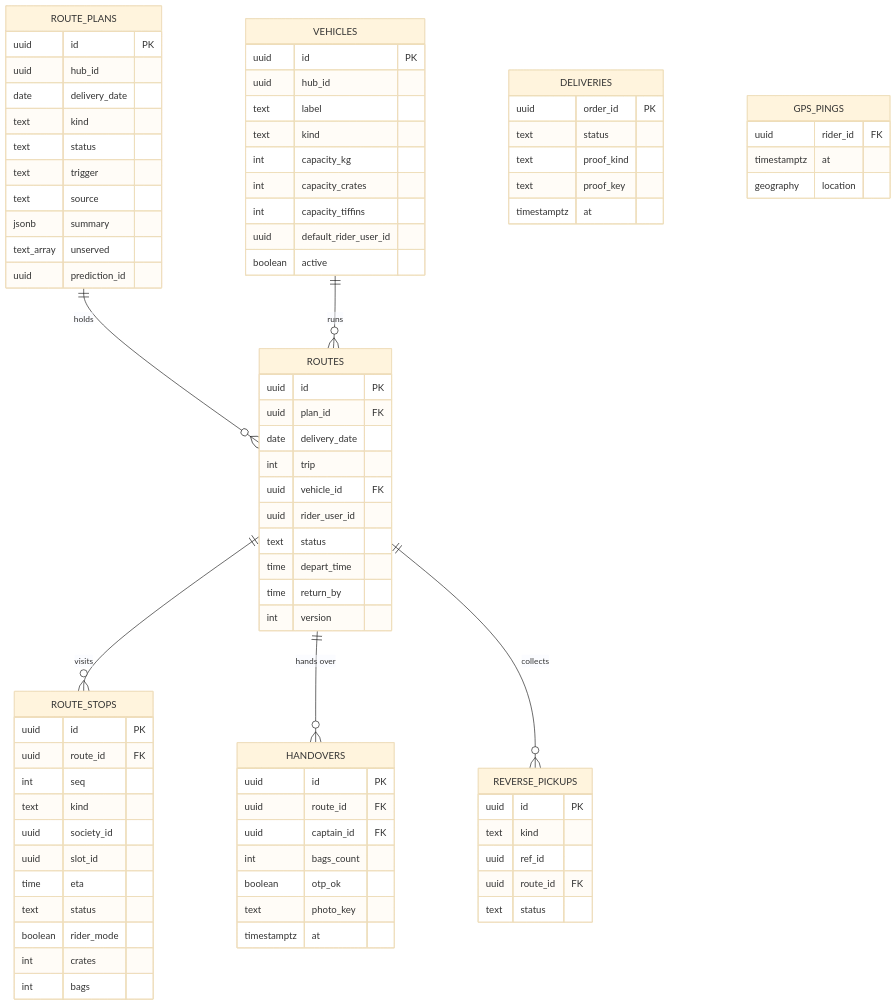
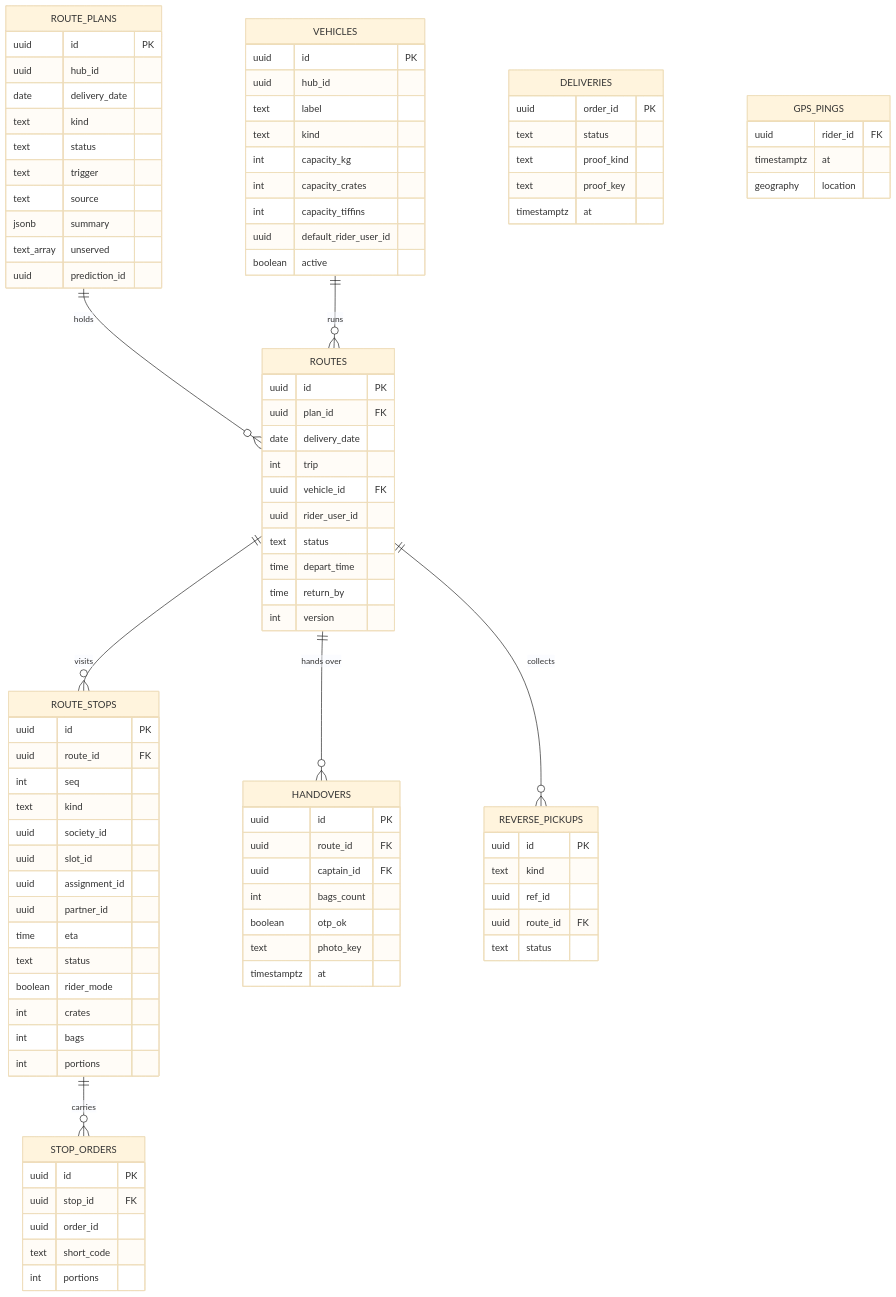
Before and after one commit to prelekar7/GharBasket: the eighth of 14 diagrams in docs/handbook/05-data-architecture.md, drawn with Mermaid (base theme). The commit also changed other lines of this file and 20 other files, not shown here.

````diff
--- a/docs/handbook/05-data-architecture.md
+++ b/docs/handbook/05-data-architecture.md
@@ -527,11 +527,21 @@
         text kind
         uuid society_id
         uuid slot_id
+        uuid assignment_id
+        uuid partner_id
         time eta
         text status
         boolean rider_mode
         int crates
         int bags
+        int portions
+    }
+    STOP_ORDERS {
+        uuid id PK
+        uuid stop_id FK
+        uuid order_id
+        text short_code
+        int portions
     }
     HANDOVERS {
         uuid id PK
@@ -564,6 +574,7 @@
     ROUTE_PLANS ||--o{ ROUTES : holds
     VEHICLES ||--o{ ROUTES : runs
     ROUTES ||--o{ ROUTE_STOPS : visits
+    ROUTE_STOPS ||--o{ STOP_ORDERS : carries
     ROUTES ||--o{ HANDOVERS : "hands over"
     ROUTES ||--o{ REVERSE_PICKUPS : collects
 ```
````
